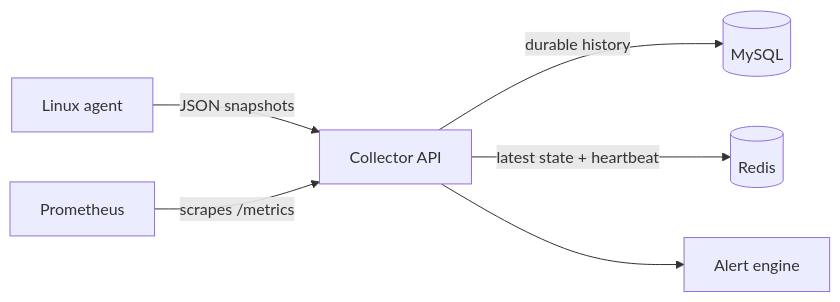
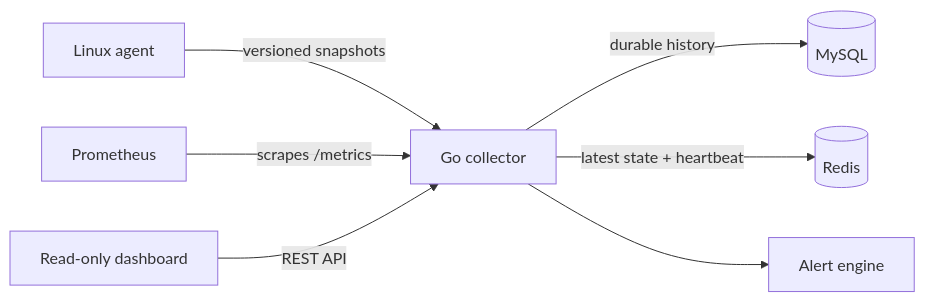
One commit to RaafidAfraazG/NodeWatch changed the diagram in README.md. Above: the diagram before and after it, drawn with Mermaid. The commit also changed other lines of this file and 3 other files, not shown here.

````diff
--- a/README.md
+++ b/README.md
@@ -9,8 +26,9 @@
 ```mermaid
 flowchart LR
-    A[Linux agent] -->|JSON snapshots| C[Collector API]
+    A[Linux agent] -->|versioned snapshots| C[Go collector]
     C -->|durable history| M[(MySQL)]
     C -->|latest state + heartbeat| R[(Redis)]
     C --> E[Alert engine]
     P[Prometheus] -->|scrapes /metrics| C
+    D[Read-only dashboard] -->|REST API| C
 ```
````
